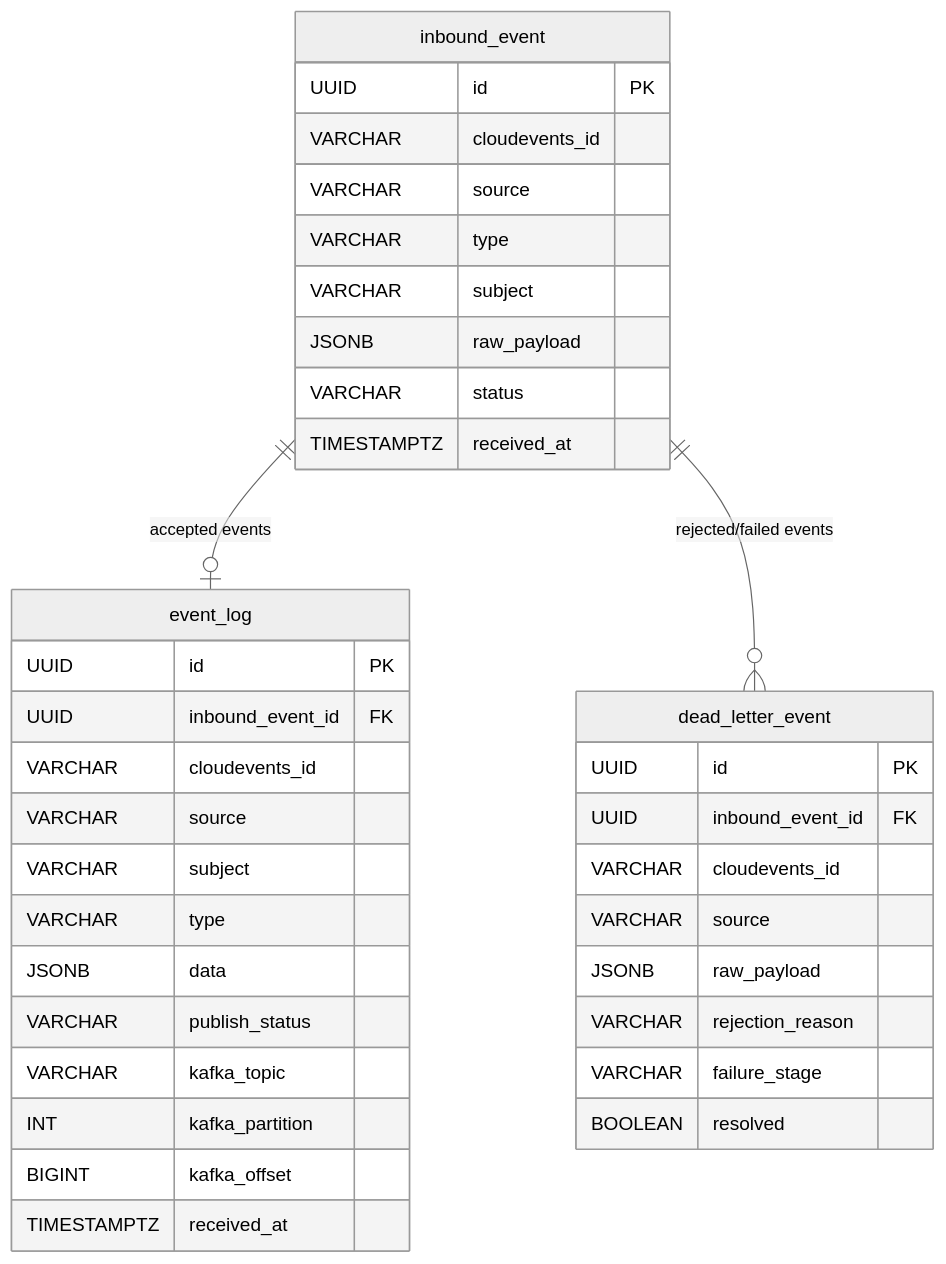
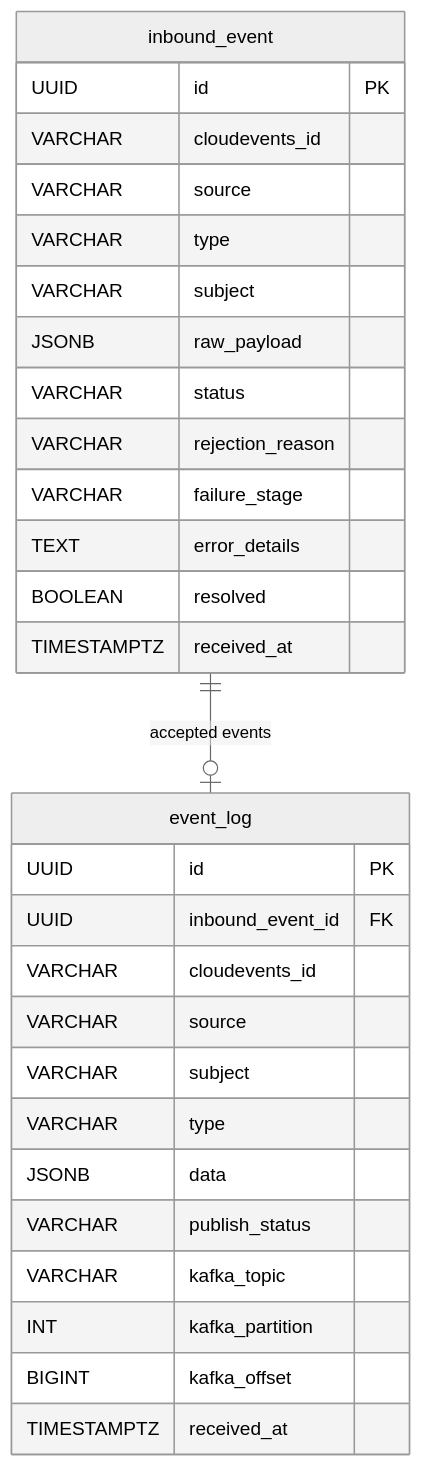
The seventh of 8 diagrams in docs/flow-diagrams.md (Jayaprakash8887/cce-collector-service), drawn with Mermaid (neutral theme) before and after one commit. The commit also changed other lines of this file and 6 other files, not shown here.

````diff
--- a/docs/flow-diagrams.md
+++ b/docs/flow-diagrams.md
@@ -241,42 +241,34 @@
 ```mermaid
 erDiagram
     inbound_event {
         UUID id PK
         VARCHAR cloudevents_id
         VARCHAR source
         VARCHAR type
         VARCHAR subject
         JSONB raw_payload
         VARCHAR status
+        VARCHAR rejection_reason
+        VARCHAR failure_stage
+        TEXT error_details
+        BOOLEAN resolved
         TIMESTAMPTZ received_at
     }
 
     event_log {
         UUID id PK
         UUID inbound_event_id FK
         VARCHAR cloudevents_id
         VARCHAR source
         VARCHAR subject
         VARCHAR type
         JSONB data
         VARCHAR publish_status
         VARCHAR kafka_topic
         INT kafka_partition
         BIGINT kafka_offset
         TIMESTAMPTZ received_at
     }
 
-    dead_letter_event {
-        UUID id PK
-        UUID inbound_event_id FK
-        VARCHAR cloudevents_id
-        VARCHAR source
-        JSONB raw_payload
-        VARCHAR rejection_reason
-        VARCHAR failure_stage
-        BOOLEAN resolved
-    }
-
     inbound_event ||--o| event_log : "accepted events"
-    inbound_event ||--o{ dead_letter_event : "rejected/failed events"
 ```
````
